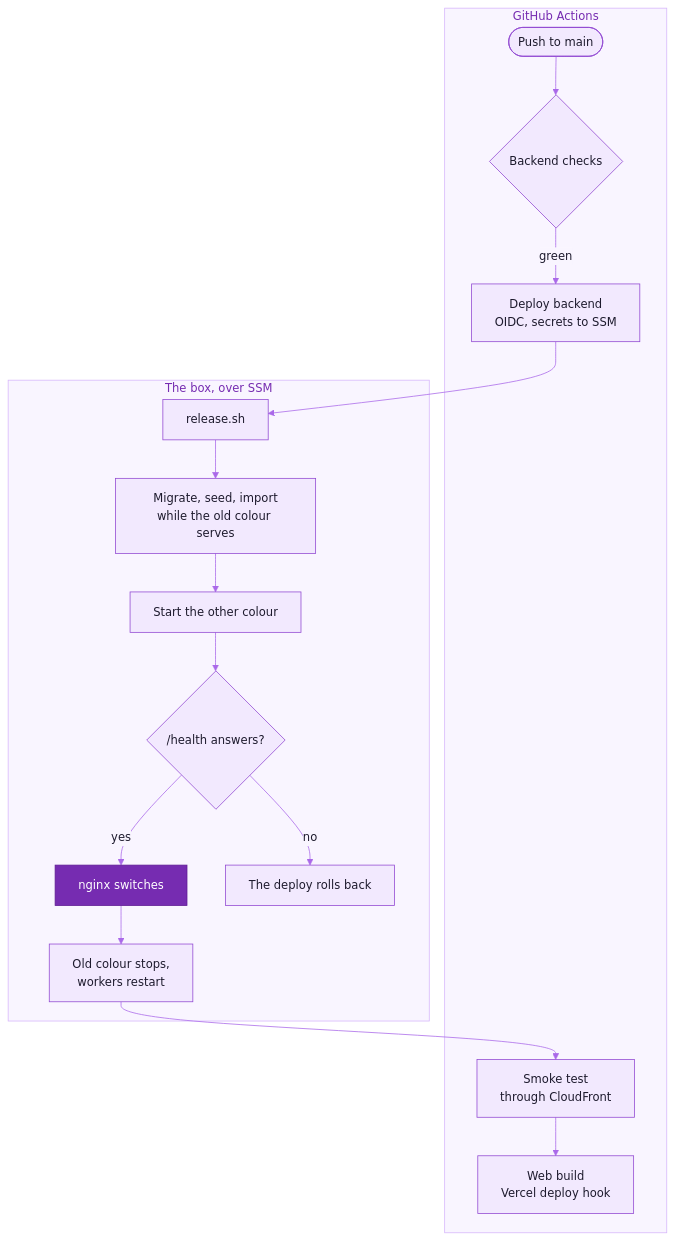
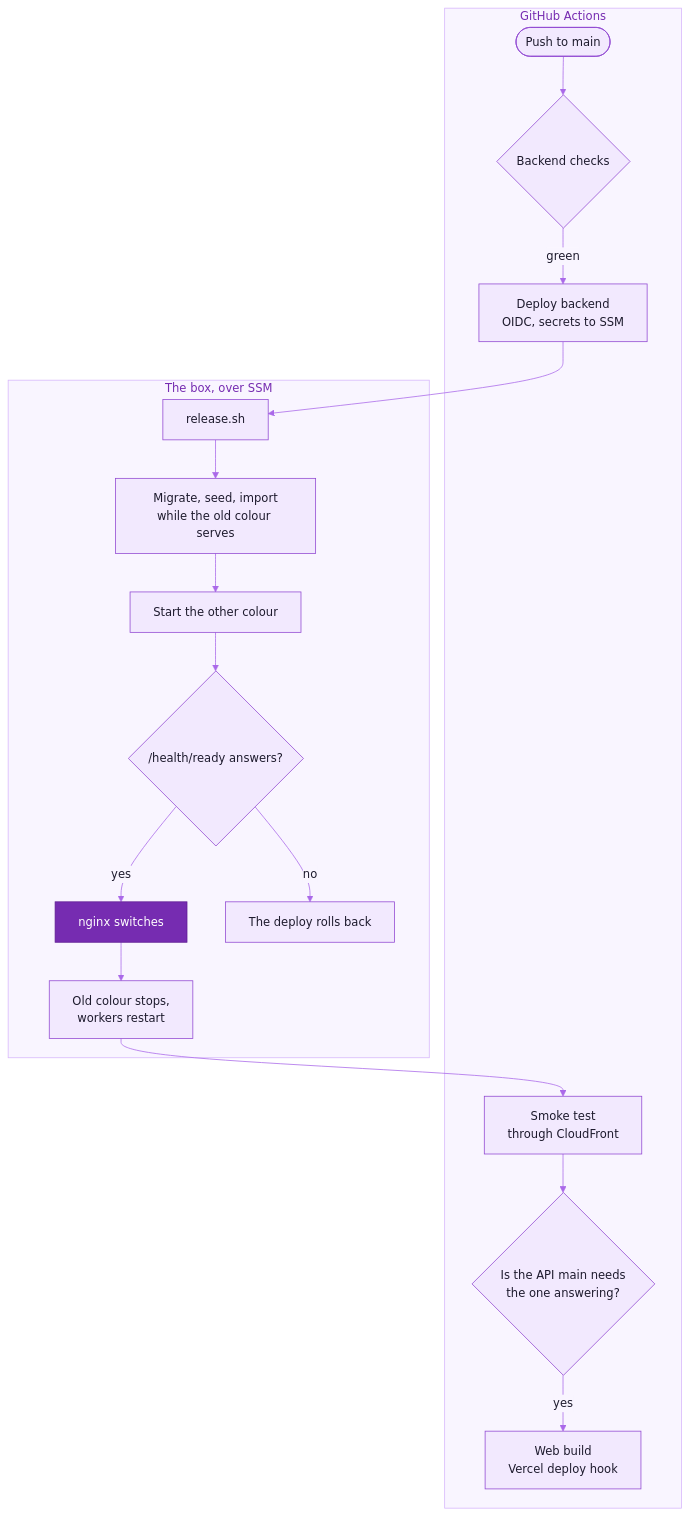
One commit to ankits1802/science-behind-craft changed the diagram in docs/RUNBOOK.md. Above: the diagram before and after it, drawn with Mermaid. The commit also changed other lines of this file and 37 other files, not shown here.

Commit message:
A release keeps serving and its way back, a colour switches only once ready, the web builds only on a live API, the fetcher runs as its own user, and provider calls end and settle (decision 0173)

````diff
--- a/docs/RUNBOOK.md
+++ b/docs/RUNBOOK.md
@@ -333,33 +333,35 @@
 ```mermaid
 %%{init: {"theme":"base","fontFamily":"Inter, ui-sans-serif, system-ui, -apple-system, Segoe UI, Roboto, Helvetica, Arial, sans-serif","themeVariables":{"fontSize":"15px","primaryColor":"#F2E9FE","primaryTextColor":"#1E1B2E","primaryBorderColor":"#9148D2","secondaryColor":"#FAEECD","secondaryTextColor":"#1E1B2E","secondaryBorderColor":"#CD9200","tertiaryColor":"#F3F1FA","tertiaryTextColor":"#1E1B2E","tertiaryBorderColor":"#A7A3BC","mainBkg":"#F2E9FE","nodeBorder":"#9148D2","nodeTextColor":"#1E1B2E","lineColor":"#AA69E9","textColor":"#857F9E","edgeLabelBackground":"#F9F5FF","clusterBkg":"#F9F5FF","clusterBorder":"#D6B6FB","titleColor":"#762CB1"}}}%%
 flowchart TD
   subgraph Actions["GitHub Actions"]
     P([Push to main])
     BC{Backend checks}
     DB["Deploy backend<br/>OIDC, secrets to SSM"]
     SM["Smoke test<br/>through CloudFront"]
+    G{"Is the API main needs<br/>the one answering?"}
     V["Web build<br/>Vercel deploy hook"]
   end
   subgraph Box["The box, over SSM"]
     R["release.sh"]
     M["Migrate, seed, import<br/>while the old colour serves"]
     S["Start the other colour"]
-    H{"/health answers?"}
+    H{"/health/ready answers?"}
     N["nginx switches"]
     K["The deploy rolls back"]
     W["Old colour stops,<br/>workers restart"]
   end
   P --> BC
   BC -->|green| DB
   DB --> R
   R --> M
   M --> S
   S --> H
   H -->|yes| N
   H -->|no| K
   N --> W
   W --> SM
-  SM --> V
+  SM --> G
+  G -->|yes| V
   classDef accent fill:#762CB1,stroke:#5F1C93,color:#FFFFFF
   class N accent
 ```
````
